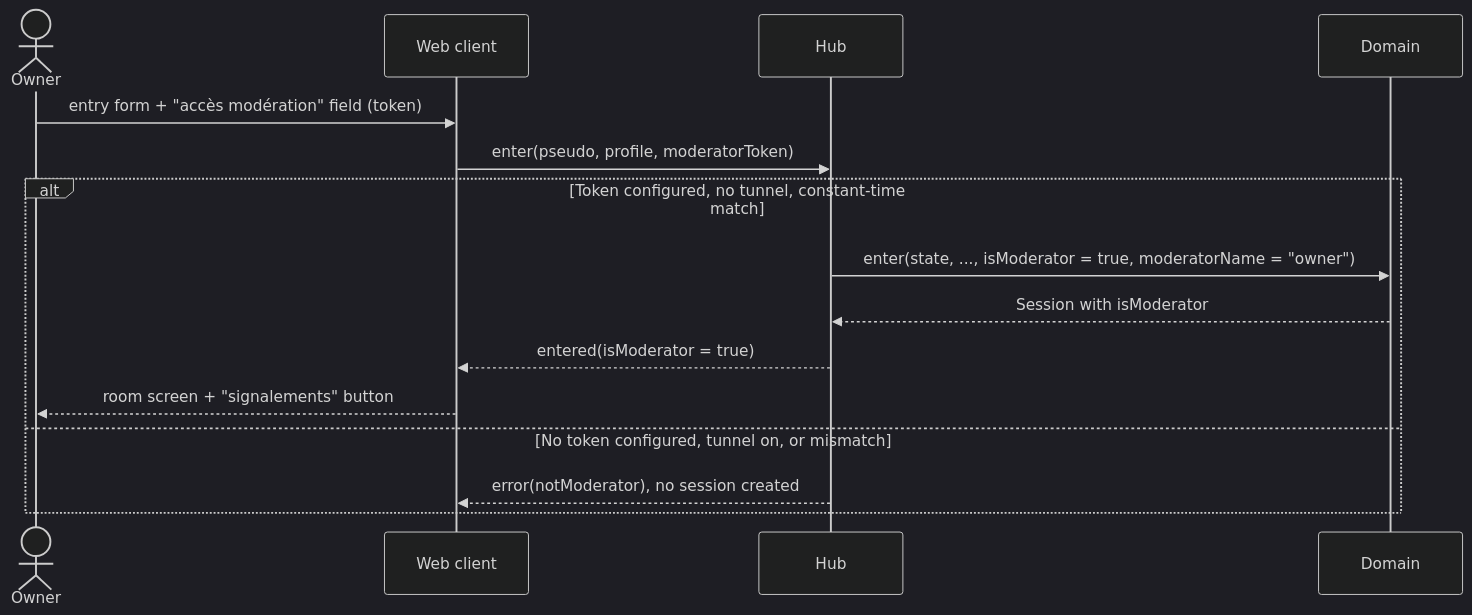
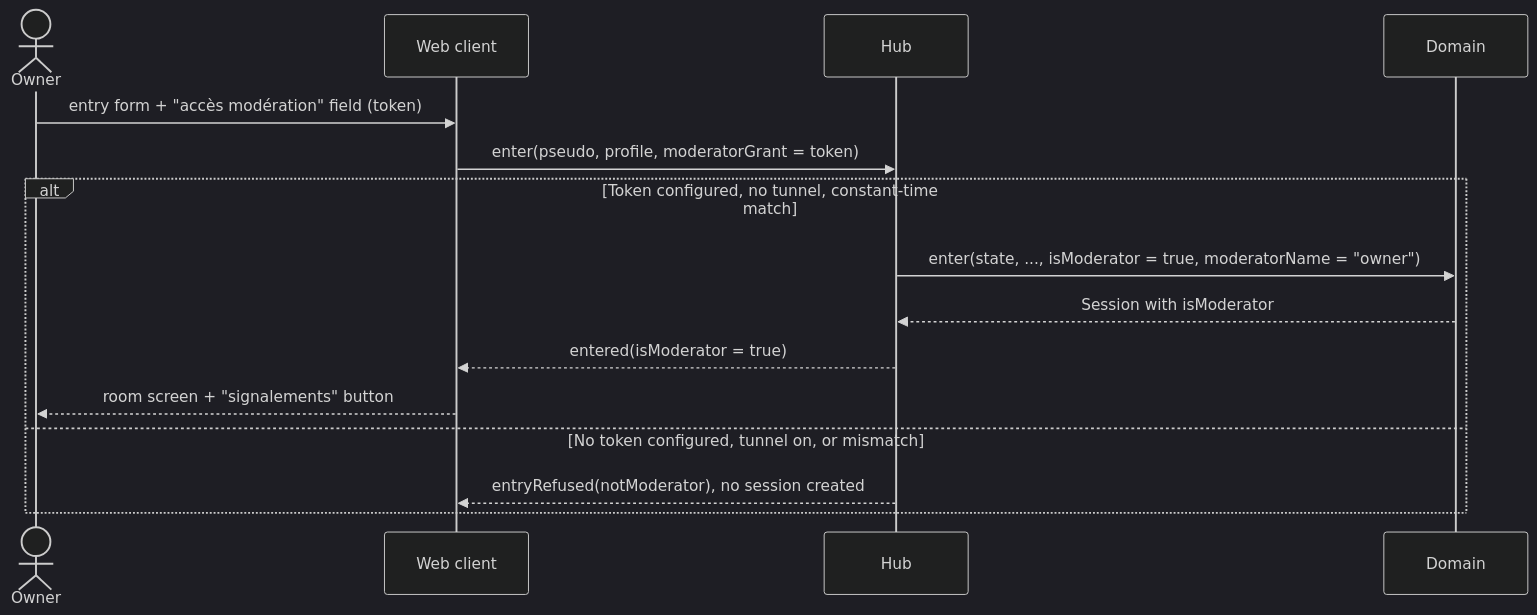
Before and after one commit to benoit-bremaud/asv: the diagram in docs/architecture/diagrams/moderation/02e-sequence-interim-moderator-access.md, drawn with Mermaid (dark theme). The commit also changed 3 other files, not shown here.

````diff
--- a/docs/architecture/diagrams/moderation/02e-sequence-interim-moderator-access.md
+++ b/docs/architecture/diagrams/moderation/02e-sequence-interim-moderator-access.md
@@ -17,17 +17,17 @@
 ```mermaid
 sequenceDiagram
   actor O as Owner
   participant W as Web client
   participant H as Hub
   participant D as Domain
   O->>W: entry form + "accès modération" field (token)
-  W->>H: enter(pseudo, profile, moderatorToken)
+  W->>H: enter(pseudo, profile, moderatorGrant = token)
   alt Token configured, no tunnel, constant-time match
     H->>D: enter(state, ..., isModerator = true, moderatorName = "owner")
     D-->>H: Session with isModerator
     H-->>W: entered(isModerator = true)
     W-->>O: room screen + "signalements" button
   else No token configured, tunnel on, or mismatch
-    H-->>W: error(notModerator), no session created
+    H-->>W: entryRefused(notModerator), no session created
   end
 ```
````
